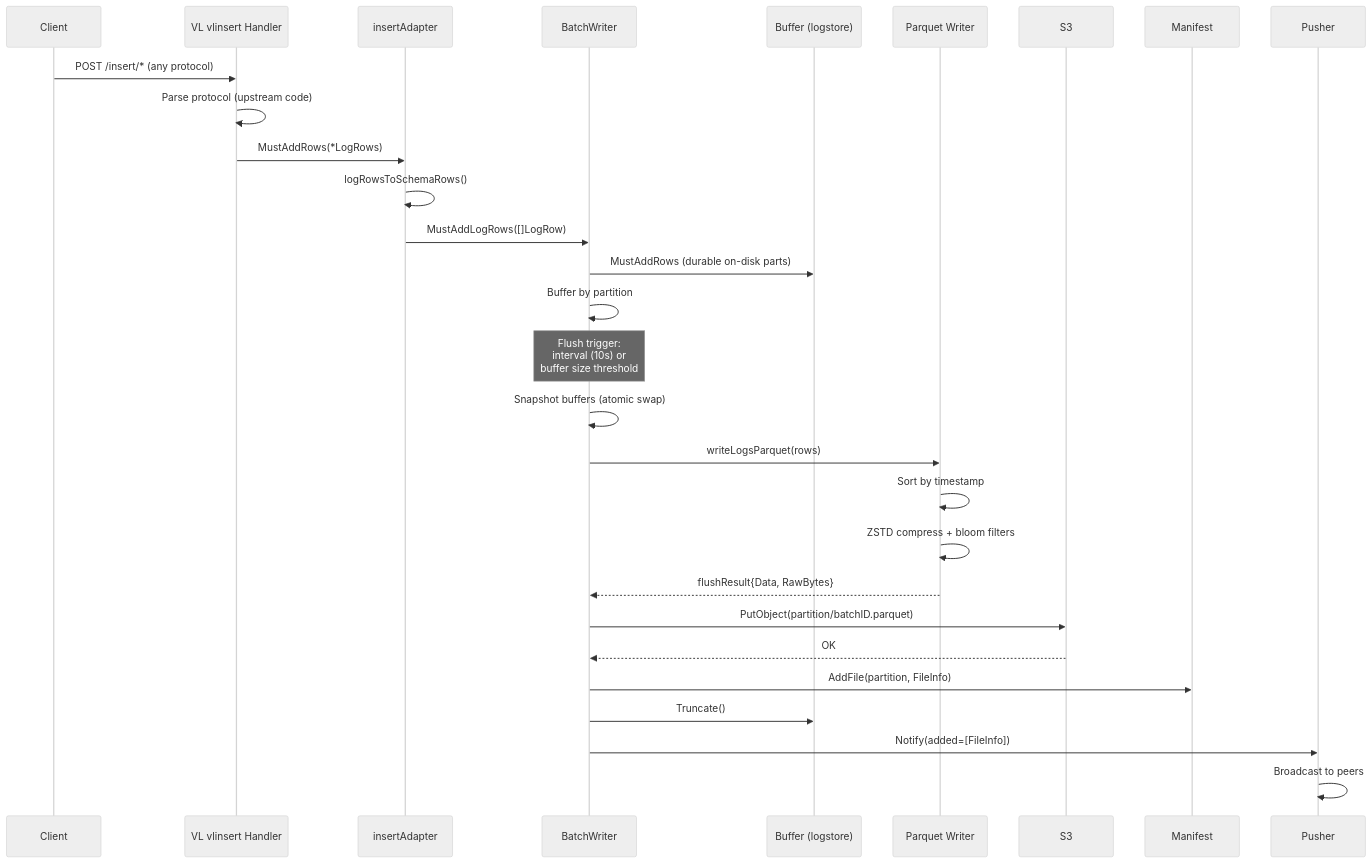
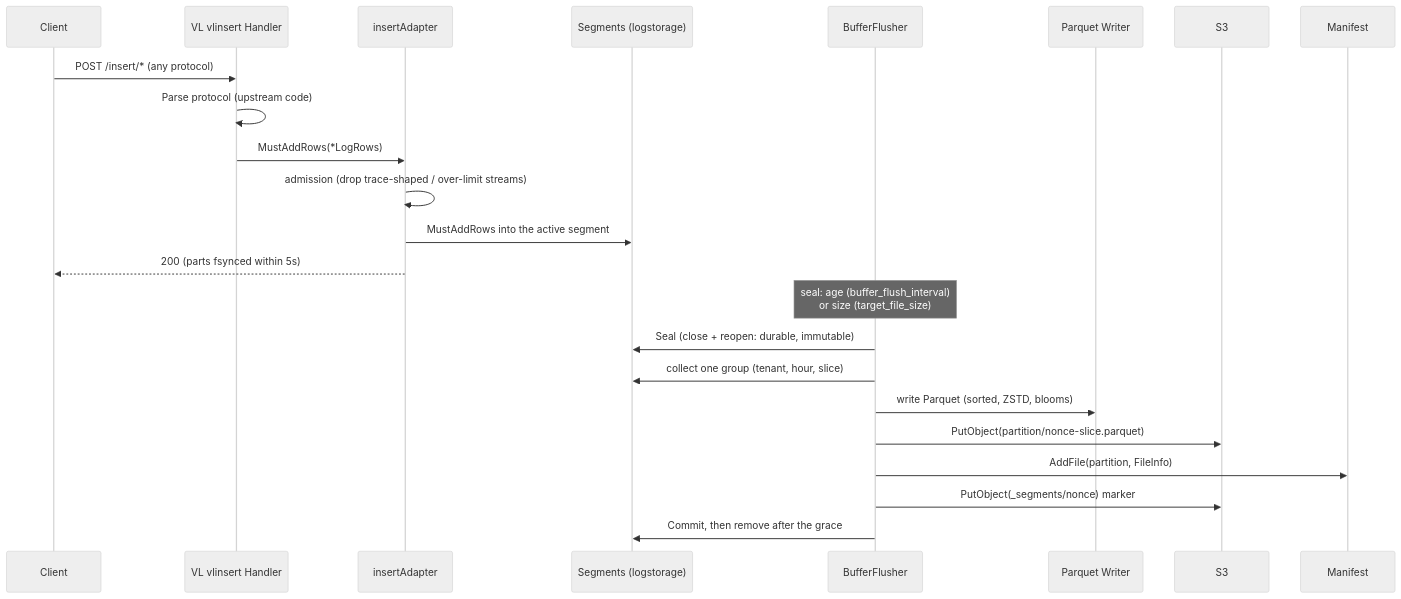
The second of 17 diagrams in docs/storage-flow.md (ReliablyObserve/victoria-lakehouse), drawn with Mermaid (neutral theme) before and after one commit. The commit also changed other lines of this file and 34 other files, not shown here.

Commit message:
docs(durability): describe the segmented durable insert buffer and update the docs that referred to the staging engine, WAL cutover and read watermark

````diff
--- a/docs/storage-flow.md
+++ b/docs/storage-flow.md
@@ -47,35 +46,28 @@
 ```mermaid
 sequenceDiagram
     participant C as Client
     participant VLH as VL vlinsert Handler
     participant A as insertAdapter
-    participant BW as BatchWriter
-    participant W as Buffer (logstore)
+    participant SEG as Segments (logstorage)
+    participant F as BufferFlusher
     participant PW as Parquet Writer
     participant S3 as S3
     participant M as Manifest
-    participant P as Pusher
 
     C->>VLH: POST /insert/* (any protocol)
     VLH->>VLH: Parse protocol (upstream code)
     VLH->>A: MustAddRows(*LogRows)
-    A->>A: logRowsToSchemaRows()
-    A->>BW: MustAddLogRows([]LogRow)
-    BW->>W: MustAddRows (durable on-disk parts)
-    BW->>BW: Buffer by partition
-    
-    Note over BW: Flush trigger:<br/>interval (10s) or<br/>buffer size threshold
+    A->>A: admission (drop trace-shaped / over-limit streams)
+    A->>SEG: MustAddRows into the active segment
+    A-->>C: 200 (parts fsynced within 5s)
 
-    BW->>BW: Snapshot buffers (atomic swap)
-    BW->>PW: writeLogsParquet(rows)
-    PW->>PW: Sort by timestamp
-    PW->>PW: ZSTD compress + bloom filters
-    PW-->>BW: flushResult{Data, RawBytes}
-    
-    BW->>S3: PutObject(partition/batchID.parquet)
-    S3-->>BW: OK
-    BW->>M: AddFile(partition, FileInfo)
-    BW->>W: Truncate()
-    BW->>P: Notify(added=[FileInfo])
-    P->>P: Broadcast to peers
+    Note over F: seal: age (buffer_flush_interval)<br/>or size (target_file_size)
+
+    F->>SEG: Seal (close + reopen: durable, immutable)
+    F->>SEG: collect one group (tenant, hour, slice)
+    F->>PW: write Parquet (sorted, ZSTD, blooms)
+    F->>S3: PutObject(partition/nonce-slice.parquet)
+    F->>M: AddFile(partition, FileInfo)
+    F->>S3: PutObject(_segments/nonce) marker
+    F->>SEG: Commit, then remove after the grace
 ```
````
